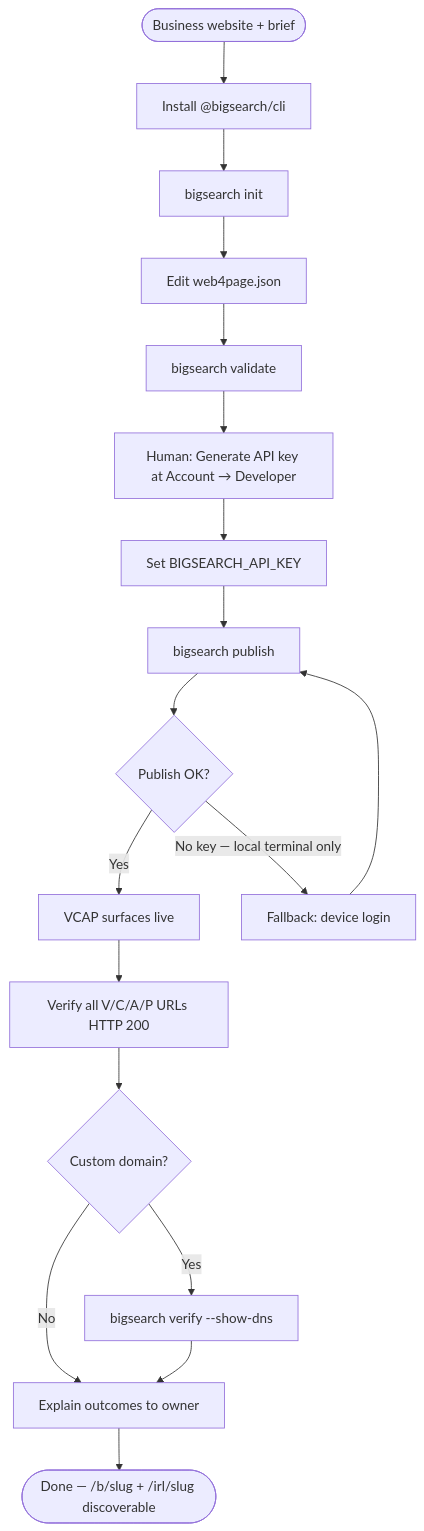
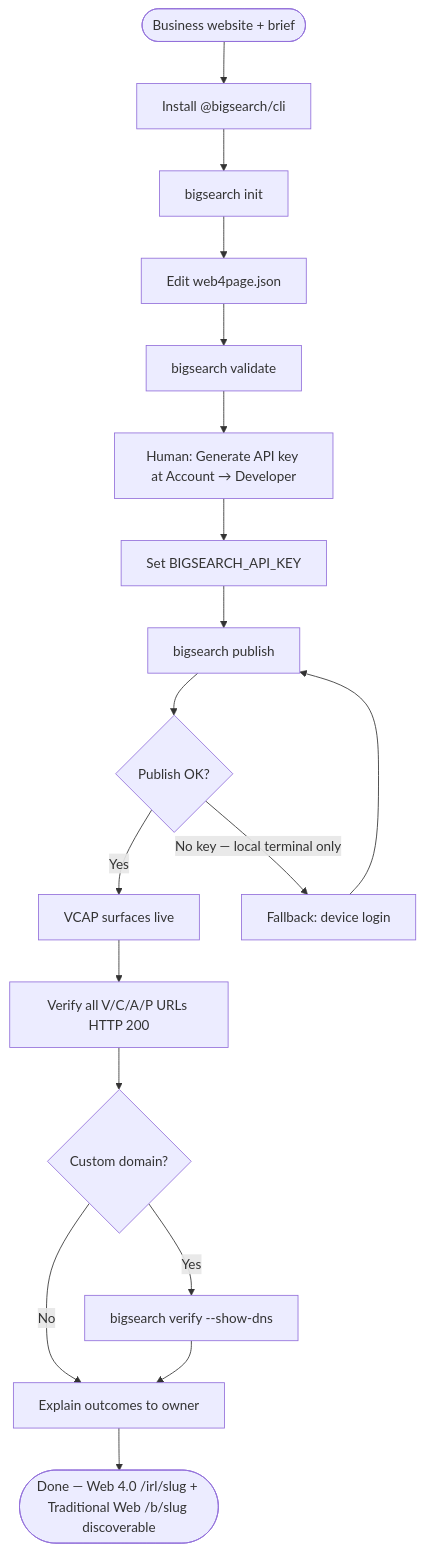
Before and after one commit to gridnet-ai/publishtoai-cursor-plugin: the diagram in skills/bigsearch-irl/SKILL.md, drawn with Mermaid. The commit also changed other lines of this file and 5 other files, not shown here.

Commit message:
Fix Web 4.0 vs Traditional Web surface narrative in CLI and SKILL.

````diff
--- a/skills/bigsearch-irl/SKILL.md
+++ b/skills/bigsearch-irl/SKILL.md
@@ -22,20 +22,20 @@
 ```mermaid
 flowchart TB
   A([Business website + brief]) --> B[Install @bigsearch/cli]
   B --> C[bigsearch init]
   C --> D[Edit web4page.json]
   D --> E[bigsearch validate]
   E --> F[Human: Generate API key at Account → Developer]
   F --> G[Set BIGSEARCH_API_KEY]
   G --> H[bigsearch publish]
   H --> I{Publish OK?}
   I -->|Yes| J[VCAP surfaces live]
   I -->|No key — local terminal only| K[Fallback: device login]
   K --> H
   J --> L[Verify all V/C/A/P URLs HTTP 200]
   L --> M{Custom domain?}
   M -->|Yes| N[bigsearch verify --show-dns]
   M -->|No| O[Explain outcomes to owner]
   N --> O
-  O --> P([Done — /b/slug + /irl/slug discoverable])
+  O --> P([Done — Web 4.0 /irl/slug + Traditional Web /b/slug discoverable])
 ```
````
